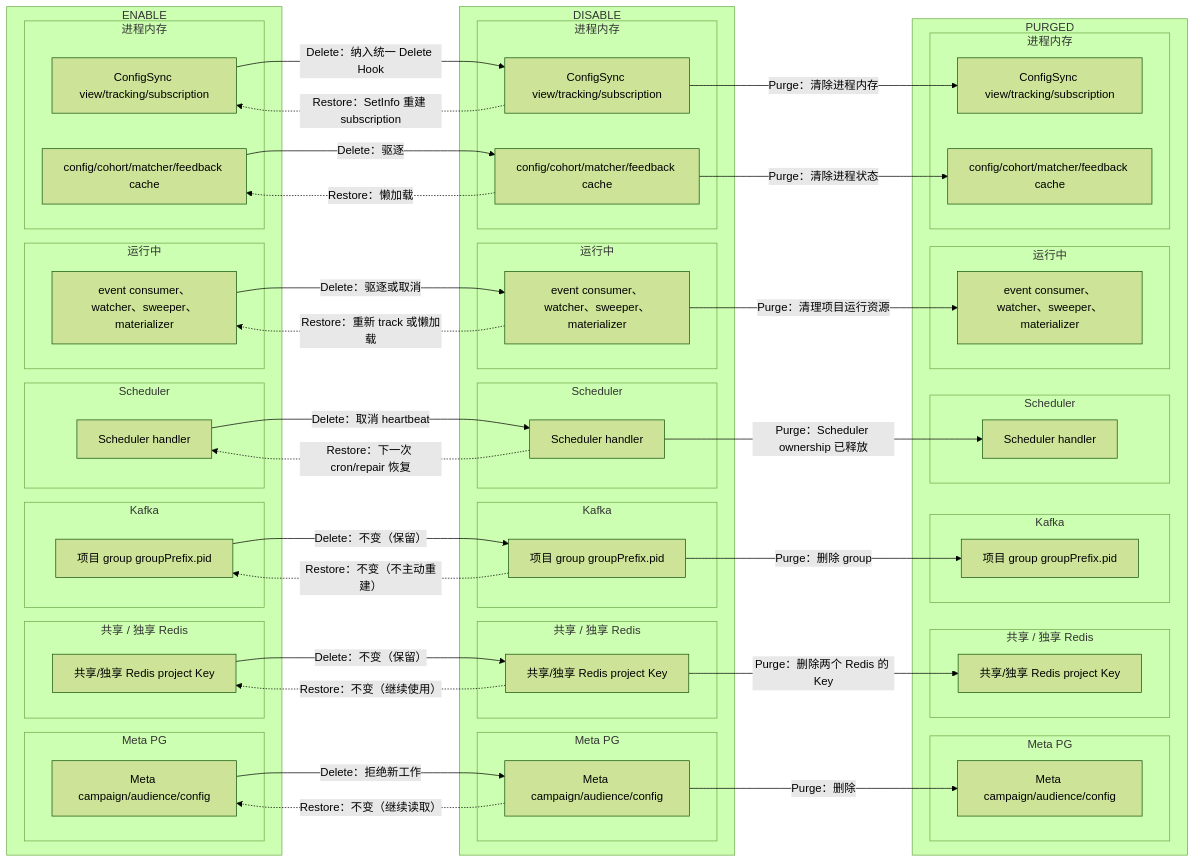
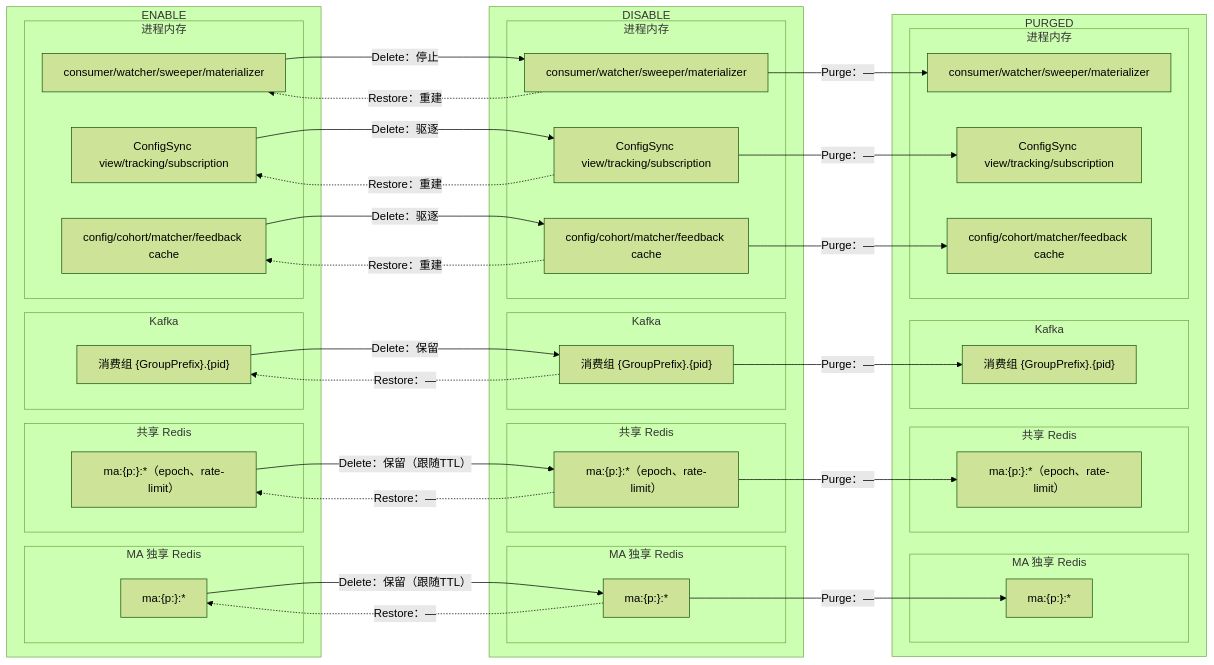
Before and after one commit to qinwenshiCH/workflow: diagram 20 of 21 in specs/20260716-Wave-Refac-OrganizationProjectLifecycle/04-detail.md, drawn with Mermaid (forest theme). The commit also changed other lines of this file and 2 other files, not shown here.

First line of the commit message:
fix: 按实际代码修正全部组件的生命周期文档 — 资源台账/生命周期图/流量变化图/PM改动

````diff
--- a/specs/20260716-Wave-Refac-OrganizationProjectLifecycle/04-detail.md
+++ b/specs/20260716-Wave-Refac-OrganizationProjectLifecycle/04-detail.md
@@ -1535,90 +1332,72 @@
 ```mermaid
 flowchart LR
     subgraph enable["ENABLE"]
-        subgraph e_meta["Meta PG"]
-            EConfig["Meta campaign/audience/config"]
+        subgraph e_exredis["MA 独享 Redis"]
+            EExKey["ma:{p:<pid>}:*"]
         end
-        subgraph e_redis["共享 / 独享 Redis"]
-            EKey["共享/独享 Redis project Key"]
+        subgraph e_shredis["共享 Redis"]
+            EShKey["ma:{p:<pid>}:*（epoch、rate-limit）"]
         end
         subgraph e_kafka["Kafka"]
-            EGroup["项目 group groupPrefix.pid"]
-        end
-        subgraph e_scheduler["Scheduler"]
-            EJob["Scheduler handler"]
-        end
-        subgraph e_runtime["运行中"]
-            ERun["event consumer、watcher、sweeper、materializer"]
+            EGroup["消费组 {GroupPrefix}.{pid}"]
         end
         subgraph e_memory["进程内存"]
+            ERun["consumer/watcher/sweeper/materializer"]
             EConfigSync["ConfigSync view/tracking/subscription"]
             ECache["config/cohort/matcher/feedback cache"]
         end
     end
 
     subgraph disable["DISABLE"]
-        subgraph d_meta["Meta PG"]
-            DConfig["Meta campaign/audience/config"]
+        subgraph d_exredis["MA 独享 Redis"]
+            DExKey["ma:{p:<pid>}:*"]
         end
-        subgraph d_redis["共享 / 独享 Redis"]
-            DKey["共享/独享 Redis project Key"]
+        subgraph d_shredis["共享 Redis"]
+            DShKey["ma:{p:<pid>}:*（epoch、rate-limit）"]
         end
         subgraph d_kafka["Kafka"]
-            DGroup["项目 group groupPrefix.pid"]
-        end
-        subgraph d_scheduler["Scheduler"]
-            DJob["Scheduler handler"]
-        end
-        subgraph d_runtime["运行中"]
-            DRun["event consumer、watcher、sweeper、materializer"]
+            DGroup["消费组 {GroupPrefix}.{pid}"]
         end
         subgraph d_memory["进程内存"]
+            DRun["consumer/watcher/sweeper/materializer"]
             DConfigSync["ConfigSync view/tracking/subscription"]
             DCache["config/cohort/matcher/feedback cache"]
         end
     end
 
     subgraph purged["PURGED"]
-        subgraph p_meta["Meta PG"]
-            PConfig["Meta campaign/audience/config"]
+        subgraph p_exredis["MA 独享 Redis"]
+            PExKey["ma:{p:<pid>}:*"]
         end
-        subgraph p_redis["共享 / 独享 Redis"]
-            PKey["共享/独享 Redis project Key"]
+        subgraph p_shredis["共享 Redis"]
+            PShKey["ma:{p:<pid>}:*（epoch、rate-limit）"]
         end
         subgraph p_kafka["Kafka"]
-            PGroup["项目 group groupPrefix.pid"]
-        end
-        subgraph p_scheduler["Scheduler"]
-            PJob["Scheduler handler"]
-        end
-        subgraph p_runtime["运行中"]
-            PRun["event consumer、watcher、sweeper、materializer"]
+            PGroup["消费组 {GroupPrefix}.{pid}"]
         end
         subgraph p_memory["进程内存"]
+            PRun["consumer/watcher/sweeper/materializer"]
             PConfigSync["ConfigSync view/tracking/subscription"]
             PCache["config/cohort/matcher/feedback cache"]
         end
     end
 
-    EConfigSync -->|Delete：纳入统一 Delete Hook| DConfigSync
-    EConfig -->|Delete：拒绝新工作| DConfig
-    EKey -->|Delete：不变（保留）| DKey
-    EGroup -->|Delete：不变（保留）| DGroup
-    EJob -->|Delete：取消 heartbeat| DJob
-    ERun -->|Delete：驱逐或取消| DRun
+    EExKey -->|Delete：保留（跟随TTL）| DExKey
+    EShKey -->|Delete：保留（跟随TTL）| DShKey
+    EGroup -->|Delete：保留| DGroup
+    ERun -->|Delete：停止| DRun
     ECache -->|Delete：驱逐| DCache
-    DConfig -.->|Restore：不变（继续读取）| EConfig
-    DKey -.->|Restore：不变（继续使用）| EKey
-    DGroup -.->|Restore：不变（不主动重建）| EGroup
-    DJob -.->|Restore：下一次 cron/repair 恢复| EJob
-    DConfigSync -.->|Restore：SetInfo 重建 subscription| EConfigSync
-    DRun -.->|Restore：重新 track 或懒加载| ERun
-    DCache -.->|Restore：懒加载| ECache
-    DConfig -->|Purge：删除| PConfig
-    DConfigSync -->|Purge：清除进程内存| PConfigSync
-    DKey -->|Purge：删除两个 Redis 的 Key| PKey
-    DGroup -->|Purge：删除 group| PGroup
-    DJob -->|Purge：Scheduler ownership 已释放| PJob
-    DRun -->|Purge：清理项目运行资源| PRun
-    DCache -->|Purge：清除进程状态| PCache
+    EConfigSync -->|Delete：驱逐| DConfigSync
+    DExKey -.->|Restore：—| EExKey
+    DShKey -.->|Restore：—| EShKey
+    DGroup -.->|Restore：—| EGroup
+    DConfigSync -.->|Restore：重建| EConfigSync
+    DRun -.->|Restore：重建| ERun
+    DCache -.->|Restore：重建| ECache
+    DExKey -->|Purge：—| PExKey
+    DShKey -->|Purge：—| PShKey
+    DGroup -->|Purge：—| PGroup
+    DConfigSync -->|Purge：—| PConfigSync
+    DRun -->|Purge：—| PRun
+    DCache -->|Purge：—| PCache
 ```
````
